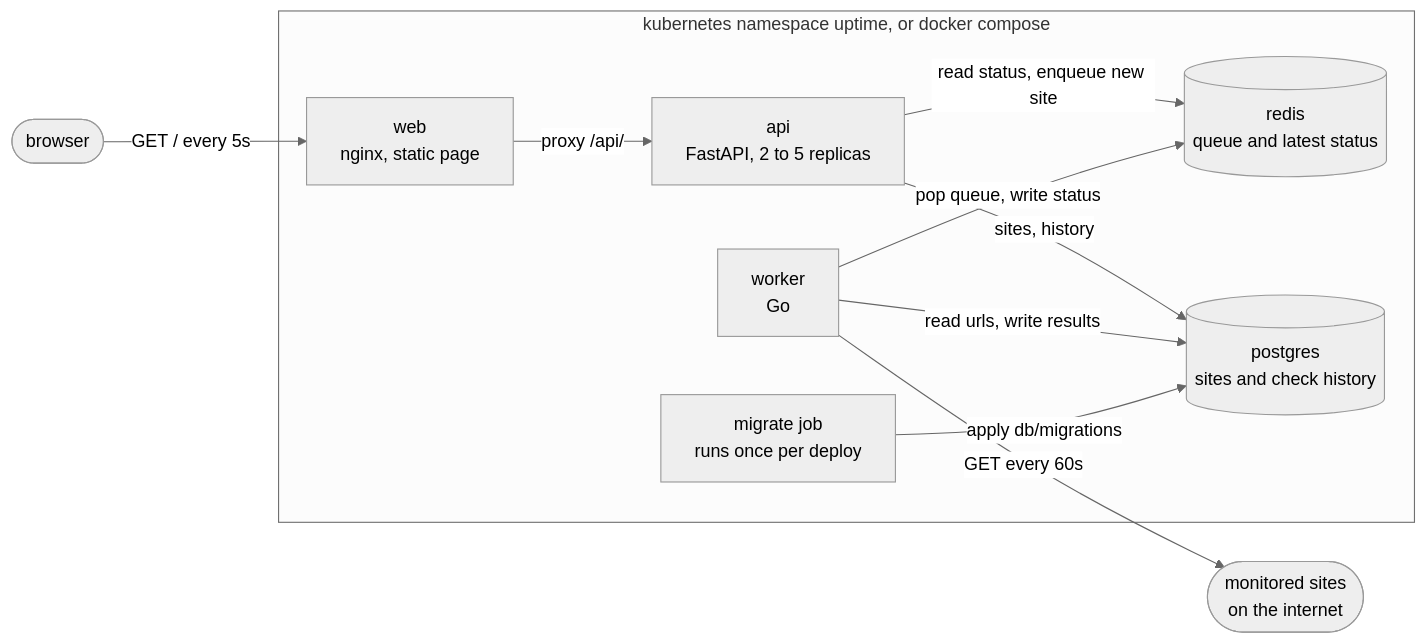
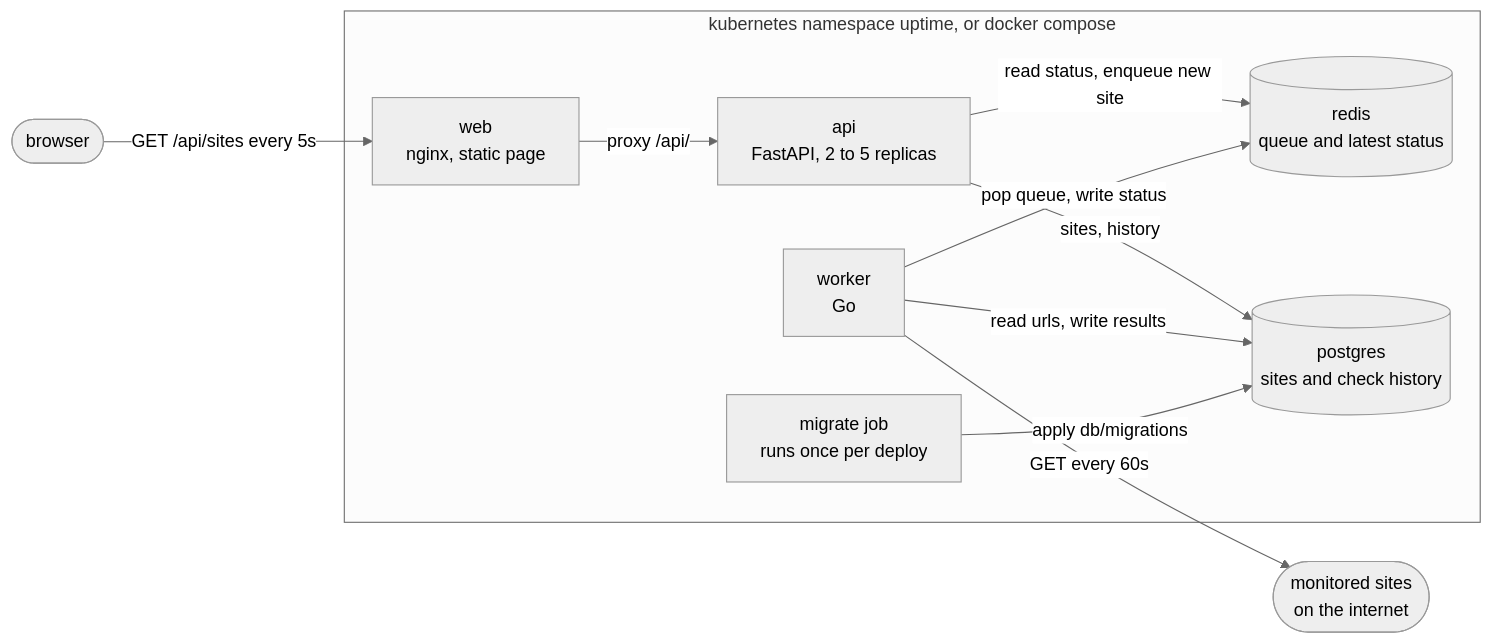
The first of 5 diagrams in README.md (khadirullah/uptime-checker), drawn with Mermaid (neutral theme) before and after one commit. The commit also changed other lines of this file and 4 other files, not shown here.

````diff
--- a/README.md
+++ b/README.md
@@ -27,24 +27,24 @@
 ```mermaid
 graph LR
     browser(["browser"])
 
     subgraph runtime ["kubernetes namespace uptime, or docker compose"]
         web["web<br/>nginx, static page"]
         api["api<br/>FastAPI, 2 to 5 replicas"]
         worker["worker<br/>Go"]
         redis[("redis<br/>queue and latest status")]
         postgres[("postgres<br/>sites and check history")]
         migrate["migrate job<br/>runs once per deploy"]
     end
 
     sites(["monitored sites<br/>on the internet"])
 
-    browser -->|"GET / every 5s"| web
+    browser -->|"GET /api/sites every 5s"| web
     web -->|"proxy /api/"| api
     api -->|"sites, history"| postgres
     api -->|"read status, enqueue new site"| redis
     worker -->|"pop queue, write status"| redis
     worker -->|"read urls, write results"| postgres
     worker -->|"GET every 60s"| sites
     migrate -->|"apply db/migrations"| postgres
 ```
````
